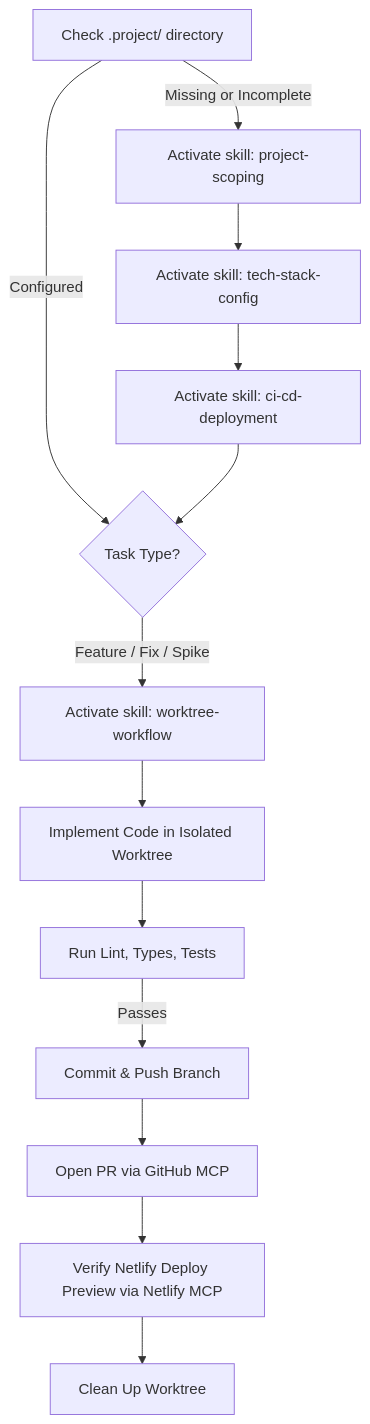
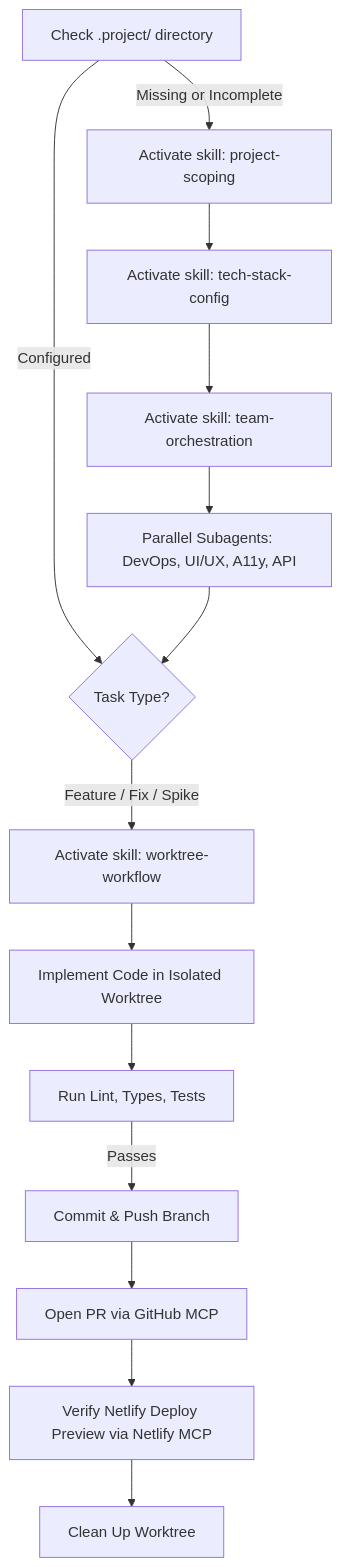
The diagram in rules/AGENTS.md (swoods-co/gemini-dev-harness), drawn with Mermaid before and after one commit. The commit also changed other lines of this file and 2 other files, not shown here.

Commit message:
feat: add team-orchestration skill and parallel subagent workflow

````diff
--- a/rules/AGENTS.md
+++ b/rules/AGENTS.md
@@ -100,15 +100,16 @@
 ```mermaid
 flowchart TD
     A[Check .project/ directory] -->|Missing or Incomplete| B[Activate skill: project-scoping]
     A -->|Configured| C{Task Type?}
     B --> D[Activate skill: tech-stack-config]
-    D --> E[Activate skill: ci-cd-deployment]
-    E --> C
-    C -->|Feature / Fix / Spike| F[Activate skill: worktree-workflow]
-    F --> G[Implement Code in Isolated Worktree]
-    G --> H[Run Lint, Types, Tests]
-    H -->|Passes| I[Commit & Push Branch]
-    I --> J[Open PR via GitHub MCP]
-    J --> K[Verify Netlify Deploy Preview via Netlify MCP]
-    K --> L[Clean Up Worktree]
+    D --> E[Activate skill: team-orchestration]
+    E --> F[Parallel Subagents: DevOps, UI/UX, A11y, API]
+    F --> C
+    C -->|Feature / Fix / Spike| G[Activate skill: worktree-workflow]
+    G --> H[Implement Code in Isolated Worktree]
+    H --> I[Run Lint, Types, Tests]
+    I -->|Passes| J[Commit & Push Branch]
+    J --> K[Open PR via GitHub MCP]
+    K --> L[Verify Netlify Deploy Preview via Netlify MCP]
+    L --> M[Clean Up Worktree]
 ```
````
